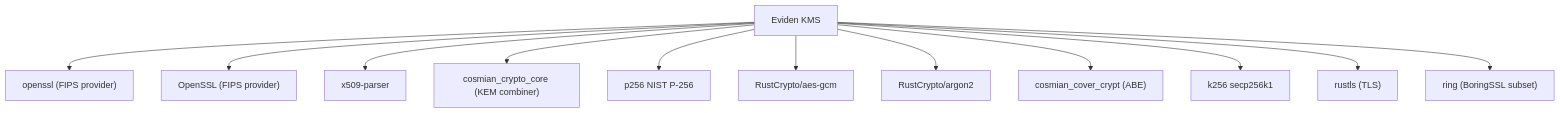
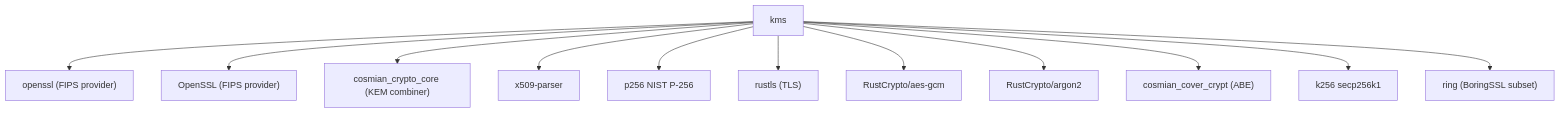
The third of 5 diagrams in documentation/docs/certifications_and_compliance/audit/crypto_inventory.md (Cosmian/kms), drawn with Mermaid before and after one commit. The commit also changed other lines of this file and 288 other files, not shown here.

````diff
--- a/documentation/docs/certifications_and_compliance/audit/crypto_inventory.md
+++ b/documentation/docs/certifications_and_compliance/audit/crypto_inventory.md
@@ -140,15 +141,15 @@
     ```mermaid
     flowchart TD
-        COSMIAN_KMS["Eviden KMS"]
-        COSMIAN_KMS --> OPENSSL__FIPS_PROVIDER_["openssl (FIPS provider)"]
-        COSMIAN_KMS --> OPENSSL["OpenSSL (FIPS provider)"]
-        COSMIAN_KMS --> X509_PARSER["x509-parser"]
-        COSMIAN_KMS --> COSMIAN_CRYPTO_CORE["cosmian_crypto_core (KEM combiner)"]
-        COSMIAN_KMS --> P256["p256 NIST P-256"]
-        COSMIAN_KMS --> AES_GCM["RustCrypto/aes-gcm"]
-        COSMIAN_KMS --> ARGON2["RustCrypto/argon2"]
-        COSMIAN_KMS --> COSMIAN_COVER_CRYPT["cosmian_cover_crypt (ABE)"]
-        COSMIAN_KMS --> K256["k256 secp256k1"]
-        COSMIAN_KMS --> RUSTLS["rustls (TLS)"]
-        COSMIAN_KMS --> RING["ring (BoringSSL subset)"]
+        KMS["kms"]
+        KMS --> OPENSSL__FIPS_PROVIDER_["openssl (FIPS provider)"]
+        KMS --> OPENSSL["OpenSSL (FIPS provider)"]
+        KMS --> COSMIAN_CRYPTO_CORE["cosmian_crypto_core (KEM combiner)"]
+        KMS --> X509_PARSER["x509-parser"]
+        KMS --> P256["p256 NIST P-256"]
+        KMS --> RUSTLS["rustls (TLS)"]
+        KMS --> AES_GCM["RustCrypto/aes-gcm"]
+        KMS --> ARGON2["RustCrypto/argon2"]
+        KMS --> COSMIAN_COVER_CRYPT["cosmian_cover_crypt (ABE)"]
+        KMS --> K256["k256 secp256k1"]
+        KMS --> RING["ring (BoringSSL subset)"]
     ```
````
